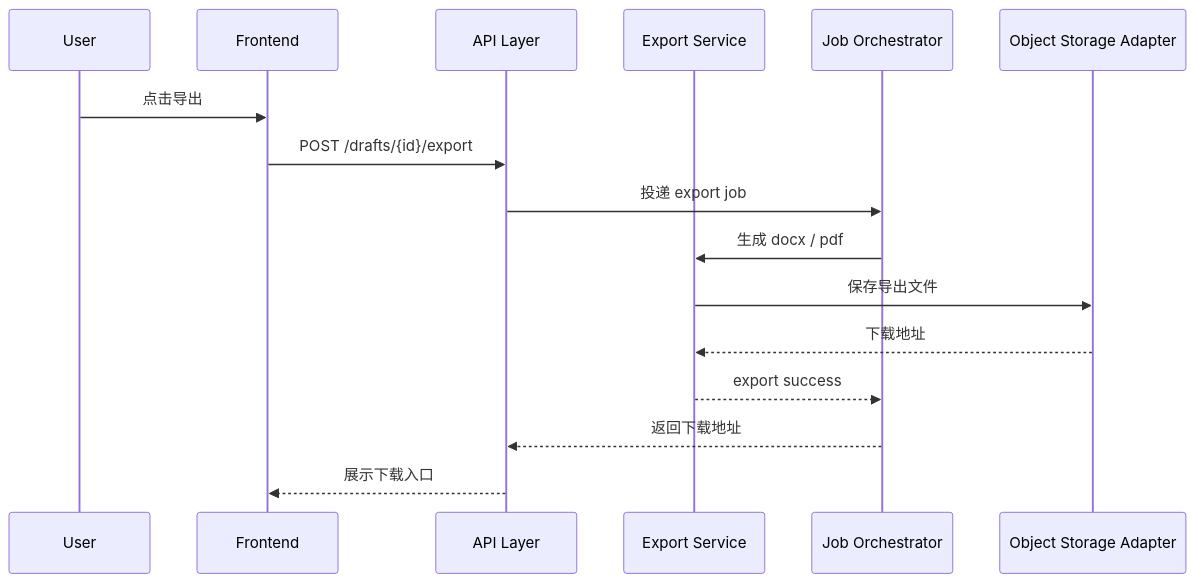
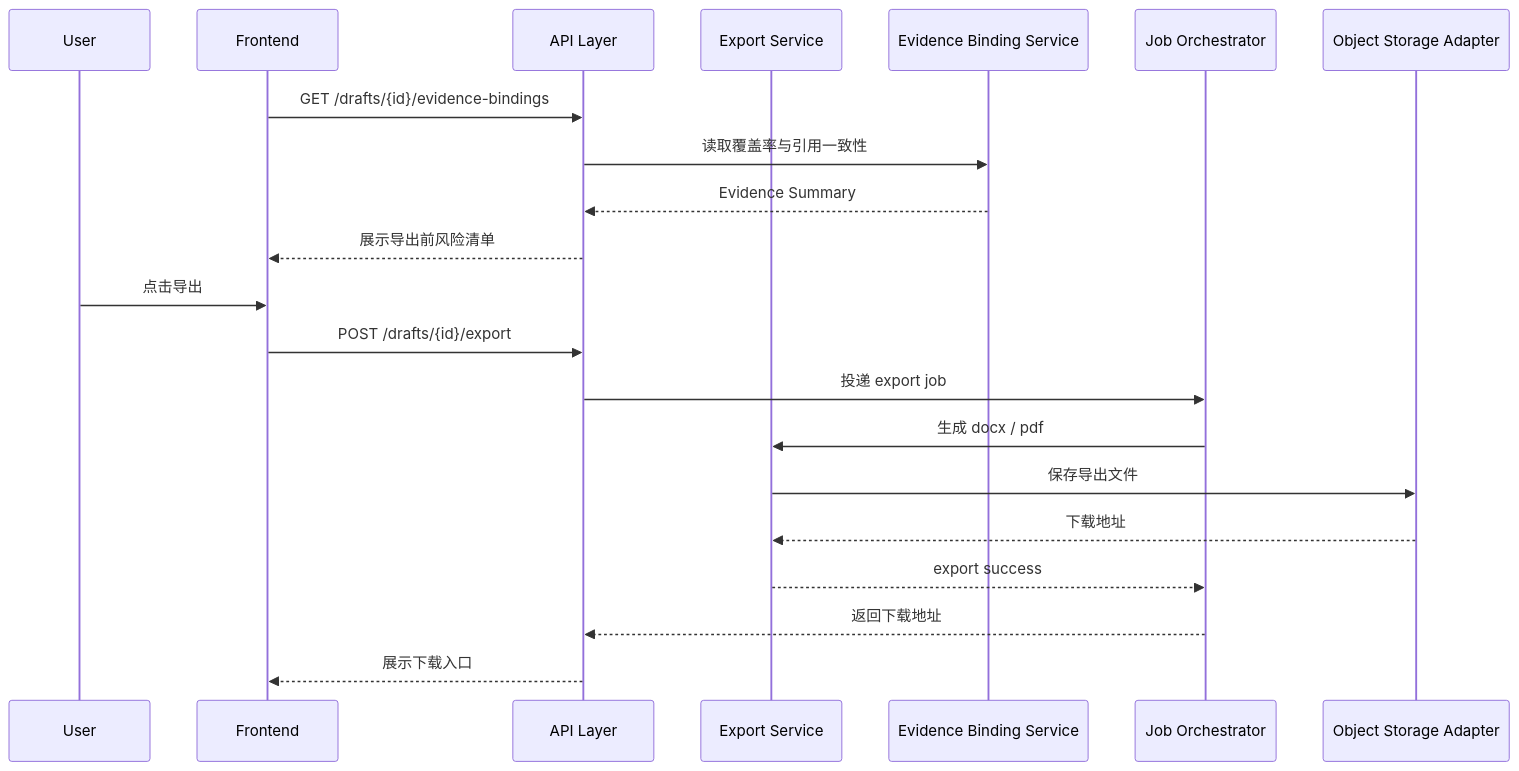
Before and after one commit to wuyu222dii/AI-Product: the sixth of 7 diagrams in docs/engineering/backend_service_spec.md, drawn with Mermaid. The commit also changed other lines of this file and 35 other files, not shown here.

````diff
--- a/docs/engineering/backend_service_spec.md
+++ b/docs/engineering/backend_service_spec.md
@@ -610,19 +631,24 @@
 ```mermaid
 sequenceDiagram
     participant U as User
     participant FE as Frontend
     participant API as API Layer
     participant EXP as Export Service
+    participant EVI as Evidence Binding Service
     participant JOB as Job Orchestrator
     participant OSS as Object Storage Adapter
 
+    FE->>API: GET /drafts/{id}/evidence-bindings
+    API->>EVI: 读取覆盖率与引用一致性
+    EVI-->>API: Evidence Summary
+    API-->>FE: 展示导出前风险清单
     U->>FE: 点击导出
     FE->>API: POST /drafts/{id}/export
     API->>JOB: 投递 export job
     JOB->>EXP: 生成 docx / pdf
     EXP->>OSS: 保存导出文件
     OSS-->>EXP: 下载地址
     EXP-->>JOB: export success
     JOB-->>API: 返回下载地址
     API-->>FE: 展示下载入口
 ```
````
